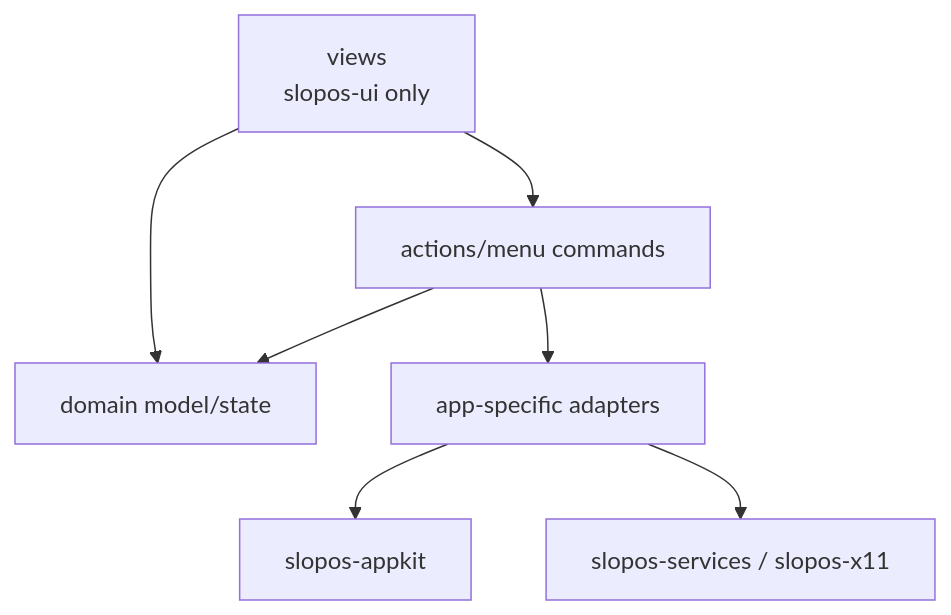
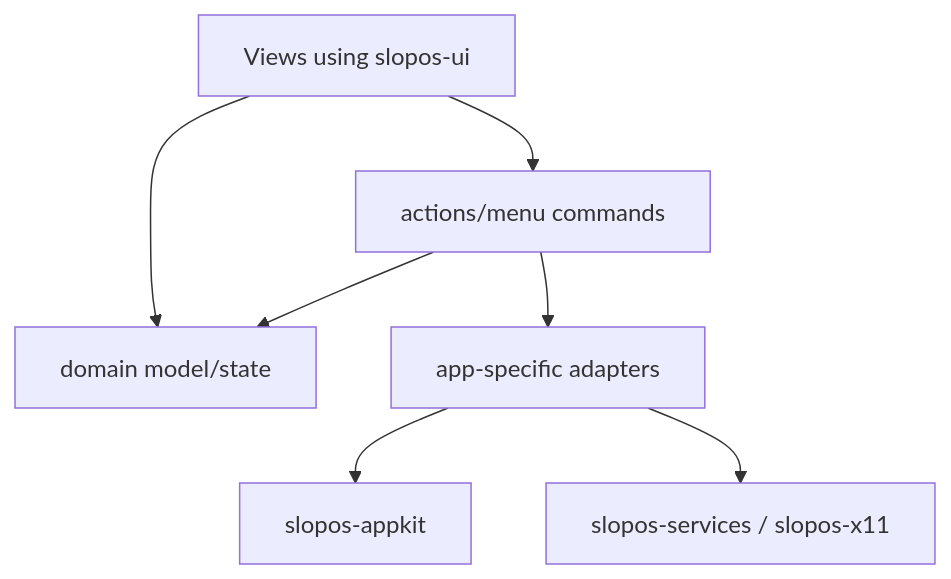
Before and after one commit to palaashatri/rust-slopos: the fourth of 4 diagrams in AGENTS.md, drawn with Mermaid. The commit also changed other lines of this file, not shown here.

Commit message:
docs: audit SLOPOS contract for parallel VM implementation

````diff
--- a/AGENTS.md
+++ b/AGENTS.md
@@ -2213,16 +2065,16 @@
 ```mermaid
 flowchart TB
-    VIEW[views<br/>slopos-ui only]
+    VIEW["Views using slopos-ui"]
     ACTIONS[actions/menu commands]
     MODEL[domain model/state]
     SERVICES[app-specific adapters]
     APPKIT[slopos-appkit]
     PLATFORM[slopos-services / slopos-x11]
 
     VIEW --> ACTIONS
     VIEW --> MODEL
     ACTIONS --> MODEL
     ACTIONS --> SERVICES
     SERVICES --> APPKIT
     SERVICES --> PLATFORM
 ```
````
